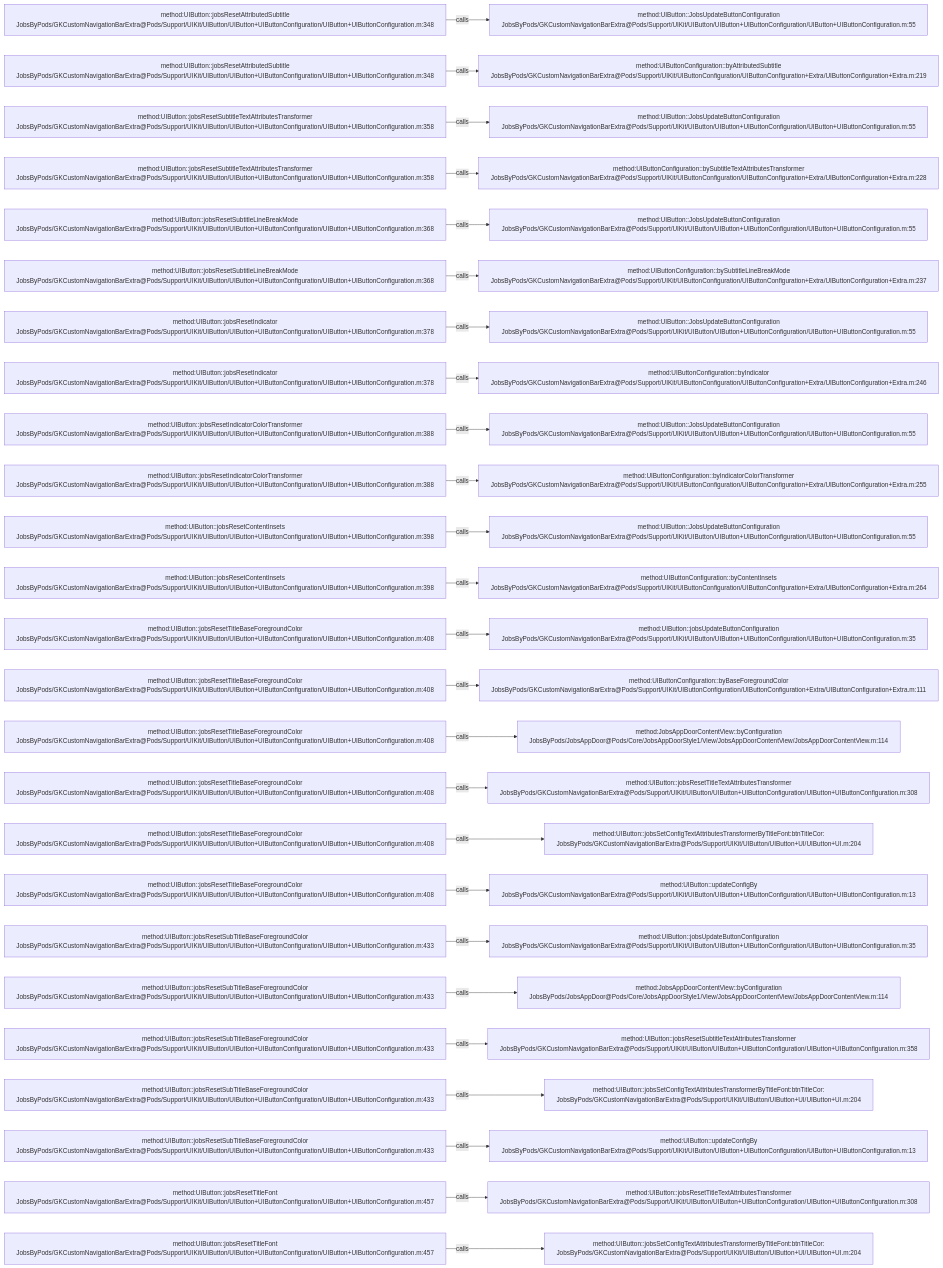
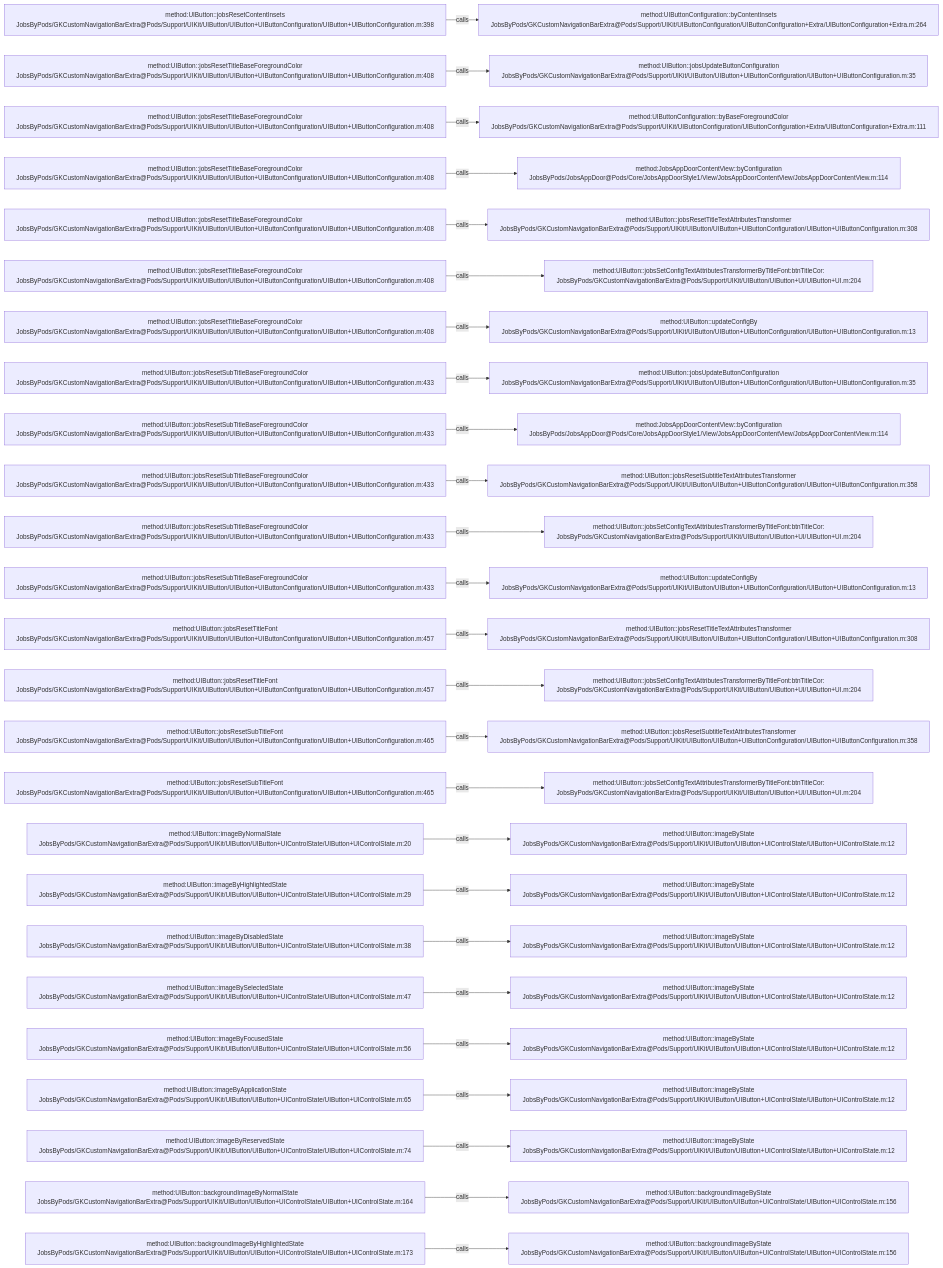
One commit to JobsKits/JobsOCBaseConfigDemo changed the diagram in .codegraph/codegraph.md/graphs/calls-035.md. Above: the diagram before and after it, drawn with Mermaid. The commit also changed 223 other files, not shown here.

````diff
--- a/.codegraph/codegraph.md/graphs/calls-035.md
+++ b/.codegraph/codegraph.md/graphs/calls-035.md
@@ -13,78 +13,78 @@
 ```mermaid
 flowchart LR
-  S1["method:UIButton::jobsResetAttributedSubtitle<br/>JobsByPods/GKCustomNavigationBarExtra@Pods/Support/UIKit/UIButton/UIButton+UIButtonConfiguration/UIButton+UIButtonConfiguration.m:348"]
-  T1["method:UIButton::JobsUpdateButtonConfiguration<br/>JobsByPods/GKCustomNavigationBarExtra@Pods/Support/UIKit/UIButton/UIButton+UIButtonConfiguration/UIButton+UIButtonConfiguration.m:55"]
+  S1["method:UIButton::jobsResetContentInsets<br/>JobsByPods/GKCustomNavigationBarExtra@Pods/Support/UIKit/UIButton/UIButton+UIButtonConfiguration/UIButton+UIButtonConfiguration.m:398"]
+  T1["method:UIButtonConfiguration::byContentInsets<br/>JobsByPods/GKCustomNavigationBarExtra@Pods/Support/UIKit/UIButtonConfiguration/UIButtonConfiguration+Extra/UIButtonConfiguration+Extra.m:264"]
   S1 -->|calls| T1
-  S2["method:UIButton::jobsResetAttributedSubtitle<br/>JobsByPods/GKCustomNavigationBarExtra@Pods/Support/UIKit/UIButton/UIButton+UIButtonConfiguration/UIButton+UIButtonConfiguration.m:348"]
-  T2["method:UIButtonConfiguration::byAttributedSubtitle<br/>JobsByPods/GKCustomNavigationBarExtra@Pods/Support/UIKit/UIButtonConfiguration/UIButtonConfiguration+Extra/UIButtonConfiguration+Extra.m:219"]
+  S2["method:UIButton::jobsResetTitleBaseForegroundColor<br/>JobsByPods/GKCustomNavigationBarExtra@Pods/Support/UIKit/UIButton/UIButton+UIButtonConfiguration/UIButton+UIButtonConfiguration.m:408"]
+  T2["method:UIButton::jobsUpdateButtonConfiguration<br/>JobsByPods/GKCustomNavigationBarExtra@Pods/Support/UIKit/UIButton/UIButton+UIButtonConfiguration/UIButton+UIButtonConfiguration.m:35"]
   S2 -->|calls| T2
-  S3["method:UIButton::jobsResetSubtitleTextAttributesTransformer<br/>JobsByPods/GKCustomNavigationBarExtra@Pods/Support/UIKit/UIButton/UIButton+UIButtonConfiguration/UIButton+UIButtonConfiguration.m:358"]
-  T3["method:UIButton::JobsUpdateButtonConfiguration<br/>JobsByPods/GKCustomNavigationBarExtra@Pods/Support/UIKit/UIButton/UIButton+UIButtonConfiguration/UIButton+UIButtonConfiguration.m:55"]
+  S3["method:UIButton::jobsResetTitleBaseForegroundColor<br/>JobsByPods/GKCustomNavigationBarExtra@Pods/Support/UIKit/UIButton/UIButton+UIButtonConfiguration/UIButton+UIButtonConfiguration.m:408"]
+  T3["method:UIButtonConfiguration::byBaseForegroundColor<br/>JobsByPods/GKCustomNavigationBarExtra@Pods/Support/UIKit/UIButtonConfiguration/UIButtonConfiguration+Extra/UIButtonConfiguration+Extra.m:111"]
   S3 -->|calls| T3
-  S4["method:UIButton::jobsResetSubtitleTextAttributesTransformer<br/>JobsByPods/GKCustomNavigationBarExtra@Pods/Support/UIKit/UIButton/UIButton+UIButtonConfiguration/UIButton+UIButtonConfiguration.m:358"]
-  T4["method:UIButtonConfiguration::bySubtitleTextAttributesTransformer<br/>JobsByPods/GKCustomNavigationBarExtra@Pods/Support/UIKit/UIButtonConfiguration/UIButtonConfiguration+Extra/UIButtonConfiguration+Extra.m:228"]
+  S4["method:UIButton::jobsResetTitleBaseForegroundColor<br/>JobsByPods/GKCustomNavigationBarExtra@Pods/Support/UIKit/UIButton/UIButton+UIButtonConfiguration/UIButton+UIButtonConfiguration.m:408"]
+  T4["method:JobsAppDoorContentView::byConfiguration<br/>JobsByPods/JobsAppDoor@Pods/Core/JobsAppDoorStyle1/View/JobsAppDoorContentView/JobsAppDoorContentView.m:114"]
   S4 -->|calls| T4
-  S5["method:UIButton::jobsResetSubtitleLineBreakMode<br/>JobsByPods/GKCustomNavigationBarExtra@Pods/Support/UIKit/UIButton/UIButton+UIButtonConfiguration/UIButton+UIButtonConfiguration.m:368"]
-  T5["method:UIButton::JobsUpdateButtonConfiguration<br/>JobsByPods/GKCustomNavigationBarExtra@Pods/Support/UIKit/UIButton/UIButton+UIButtonConfiguration/UIButton+UIButtonConfiguration.m:55"]
+  S5["method:UIButton::jobsResetTitleBaseForegroundColor<br/>JobsByPods/GKCustomNavigationBarExtra@Pods/Support/UIKit/UIButton/UIButton+UIButtonConfiguration/UIButton+UIButtonConfiguration.m:408"]
+  T5["method:UIButton::jobsResetTitleTextAttributesTransformer<br/>JobsByPods/GKCustomNavigationBarExtra@Pods/Support/UIKit/UIButton/UIButton+UIButtonConfiguration/UIButton+UIButtonConfiguration.m:308"]
   S5 -->|calls| T5
-  S6["method:UIButton::jobsResetSubtitleLineBreakMode<br/>JobsByPods/GKCustomNavigationBarExtra@Pods/Support/UIKit/UIButton/UIButton+UIButtonConfiguration/UIButton+UIButtonConfiguration.m:368"]
-  T6["method:UIButtonConfiguration::bySubtitleLineBreakMode<br/>JobsByPods/GKCustomNavigationBarExtra@Pods/Support/UIKit/UIButtonConfiguration/UIButtonConfiguration+Extra/UIButtonConfiguration+Extra.m:237"]
+  S6["method:UIButton::jobsResetTitleBaseForegroundColor<br/>JobsByPods/GKCustomNavigationBarExtra@Pods/Support/UIKit/UIButton/UIButton+UIButtonConfiguration/UIButton+UIButtonConfiguration.m:408"]
+  T6["method:UIButton::jobsSetConfigTextAttributesTransformerByTitleFont:btnTitleCor:<br/>JobsByPods/GKCustomNavigationBarExtra@Pods/Support/UIKit/UIButton/UIButton+UI/UIButton+UI.m:204"]
   S6 -->|calls| T6
-  S7["method:UIButton::jobsResetIndicator<br/>JobsByPods/GKCustomNavigationBarExtra@Pods/Support/UIKit/UIButton/UIButton+UIButtonConfiguration/UIButton+UIButtonConfiguration.m:378"]
-  T7["method:UIButton::JobsUpdateButtonConfiguration<br/>JobsByPods/GKCustomNavigationBarExtra@Pods/Support/UIKit/UIButton/UIButton+UIButtonConfiguration/UIButton+UIButtonConfiguration.m:55"]
+  S7["method:UIButton::jobsResetTitleBaseForegroundColor<br/>JobsByPods/GKCustomNavigationBarExtra@Pods/Support/UIKit/UIButton/UIButton+UIButtonConfiguration/UIButton+UIButtonConfiguration.m:408"]
+  T7["method:UIButton::updateConfigBy<br/>JobsByPods/GKCustomNavigationBarExtra@Pods/Support/UIKit/UIButton/UIButton+UIButtonConfiguration/UIButton+UIButtonConfiguration.m:13"]
   S7 -->|calls| T7
-  S8["method:UIButton::jobsResetIndicator<br/>JobsByPods/GKCustomNavigationBarExtra@Pods/Support/UIKit/UIButton/UIButton+UIButtonConfiguration/UIButton+UIButtonConfiguration.m:378"]
-  T8["method:UIButtonConfiguration::byIndicator<br/>JobsByPods/GKCustomNavigationBarExtra@Pods/Support/UIKit/UIButtonConfiguration/UIButtonConfiguration+Extra/UIButtonConfiguration+Extra.m:246"]
+  S8["method:UIButton::jobsResetSubTitleBaseForegroundColor<br/>JobsByPods/GKCustomNavigationBarExtra@Pods/Support/UIKit/UIButton/UIButton+UIButtonConfiguration/UIButton+UIButtonConfiguration.m:433"]
+  T8["method:UIButton::jobsUpdateButtonConfiguration<br/>JobsByPods/GKCustomNavigationBarExtra@Pods/Support/UIKit/UIButton/UIButton+UIButtonConfiguration/UIButton+UIButtonConfiguration.m:35"]
   S8 -->|calls| T8
-  S9["method:UIButton::jobsResetIndicatorColorTransformer<br/>JobsByPods/GKCustomNavigationBarExtra@Pods/Support/UIKit/UIButton/UIButton+UIButtonConfiguration/UIButton+UIButtonConfiguration.m:388"]
-  T9["method:UIButton::JobsUpdateButtonConfiguration<br/>JobsByPods/GKCustomNavigationBarExtra@Pods/Support/UIKit/UIButton/UIButton+UIButtonConfiguration/UIButton+UIButtonConfiguration.m:55"]
+  S9["method:UIButton::jobsResetSubTitleBaseForegroundColor<br/>JobsByPods/GKCustomNavigationBarExtra@Pods/Support/UIKit/UIButton/UIButton+UIButtonConfiguration/UIButton+UIButtonConfiguration.m:433"]
+  T9["method:JobsAppDoorContentView::byConfiguration<br/>JobsByPods/JobsAppDoor@Pods/Core/JobsAppDoorStyle1/View/JobsAppDoorContentView/JobsAppDoorContentView.m:114"]
   S9 -->|calls| T9
-  S10["method:UIButton::jobsResetIndicatorColorTransformer<br/>JobsByPods/GKCustomNavigationBarExtra@Pods/Support/UIKit/UIButton/UIButton+UIButtonConfiguration/UIButton+UIButtonConfiguration.m:388"]
-  T10["method:UIButtonConfiguration::byIndicatorColorTransformer<br/>JobsByPods/GKCustomNavigationBarExtra@Pods/Support/UIKit/UIButtonConfiguration/UIButtonConfiguration+Extra/UIButtonConfiguration+Extra.m:255"]
+  S10["method:UIButton::jobsResetSubTitleBaseForegroundColor<br/>JobsByPods/GKCustomNavigationBarExtra@Pods/Support/UIKit/UIButton/UIButton+UIButtonConfiguration/UIButton+UIButtonConfiguration.m:433"]
+  T10["method:UIButton::jobsResetSubtitleTextAttributesTransformer<br/>JobsByPods/GKCustomNavigationBarExtra@Pods/Support/UIKit/UIButton/UIButton+UIButtonConfiguration/UIButton+UIButtonConfiguration.m:358"]
   S10 -->|calls| T10
-  S11["method:UIButton::jobsResetContentInsets<br/>JobsByPods/GKCustomNavigationBarExtra@Pods/Support/UIKit/UIButton/UIButton+UIButtonConfiguration/UIButton+UIButtonConfiguration.m:398"]
-  T11["method:UIButton::JobsUpdateButtonConfiguration<br/>JobsByPods/GKCustomNavigationBarExtra@Pods/Support/UIKit/UIButton/UIButton+UIButtonConfiguration/UIButton+UIButtonConfiguration.m:55"]
+  S11["method:UIButton::jobsResetSubTitleBaseForegroundColor<br/>JobsByPods/GKCustomNavigationBarExtra@Pods/Support/UIKit/UIButton/UIButton+UIButtonConfiguration/UIButton+UIButtonConfiguration.m:433"]
+  T11["method:UIButton::jobsSetConfigTextAttributesTransformerByTitleFont:btnTitleCor:<br/>JobsByPods/GKCustomNavigationBarExtra@Pods/Support/UIKit/UIButton/UIButton+UI/UIButton+UI.m:204"]
   S11 -->|calls| T11
-  S12["method:UIButton::jobsResetContentInsets<br/>JobsByPods/GKCustomNavigationBarExtra@Pods/Support/UIKit/UIButton/UIButton+UIButtonConfiguration/UIButton+UIButtonConfiguration.m:398"]
-  T12["method:UIButtonConfiguration::byContentInsets<br/>JobsByPods/GKCustomNavigationBarExtra@Pods/Support/UIKit/UIButtonConfiguration/UIButtonConfiguration+Extra/UIButtonConfiguration+Extra.m:264"]
+  S12["method:UIButton::jobsResetSubTitleBaseForegroundColor<br/>JobsByPods/GKCustomNavigationBarExtra@Pods/Support/UIKit/UIButton/UIButton+UIButtonConfiguration/UIButton+UIButtonConfiguration.m:433"]
+  T12["method:UIButton::updateConfigBy<br/>JobsByPods/GKCustomNavigationBarExtra@Pods/Support/UIKit/UIButton/UIButton+UIButtonConfiguration/UIButton+UIButtonConfiguration.m:13"]
   S12 -->|calls| T12
-  S13["method:UIButton::jobsResetTitleBaseForegroundColor<br/>JobsByPods/GKCustomNavigationBarExtra@Pods/Support/UIKit/UIButton/UIButton+UIButtonConfiguration/UIButton+UIButtonConfiguration.m:408"]
-  T13["method:UIButton::jobsUpdateButtonConfiguration<br/>JobsByPods/GKCustomNavigationBarExtra@Pods/Support/UIKit/UIButton/UIButton+UIButtonConfiguration/UIButton+UIButtonConfiguration.m:35"]
+  S13["method:UIButton::jobsResetTitleFont<br/>JobsByPods/GKCustomNavigationBarExtra@Pods/Support/UIKit/UIButton/UIButton+UIButtonConfiguration/UIButton+UIButtonConfiguration.m:457"]
+  T13["method:UIButton::jobsResetTitleTextAttributesTransformer<br/>JobsByPods/GKCustomNavigationBarExtra@Pods/Support/UIKit/UIButton/UIButton+UIButtonConfiguration/UIButton+UIButtonConfiguration.m:308"]
   S13 -->|calls| T13
-  S14["method:UIButton::jobsResetTitleBaseForegroundColor<br/>JobsByPods/GKCustomNavigationBarExtra@Pods/Support/UIKit/UIButton/UIButton+UIButtonConfiguration/UIButton+UIButtonConfiguration.m:408"]
-  T14["method:UIButtonConfiguration::byBaseForegroundColor<br/>JobsByPods/GKCustomNavigationBarExtra@Pods/Support/UIKit/UIButtonConfiguration/UIButtonConfiguration+Extra/UIButtonConfiguration+Extra.m:111"]
+  S14["method:UIButton::jobsResetTitleFont<br/>JobsByPods/GKCustomNavigationBarExtra@Pods/Support/UIKit/UIButton/UIButton+UIButtonConfiguration/UIButton+UIButtonConfiguration.m:457"]
+  T14["method:UIButton::jobsSetConfigTextAttributesTransformerByTitleFont:btnTitleCor:<br/>JobsByPods/GKCustomNavigationBarExtra@Pods/Support/UIKit/UIButton/UIButton+UI/UIButton+UI.m:204"]
   S14 -->|calls| T14
-  S15["method:UIButton::jobsResetTitleBaseForegroundColor<br/>JobsByPods/GKCustomNavigationBarExtra@Pods/Support/UIKit/UIButton/UIButton+UIButtonConfiguration/UIButton+UIButtonConfiguration.m:408"]
-  T15["method:JobsAppDoorContentView::byConfiguration<br/>JobsByPods/JobsAppDoor@Pods/Core/JobsAppDoorStyle1/View/JobsAppDoorContentView/JobsAppDoorContentView.m:114"]
+  S15["method:UIButton::jobsResetSubTitleFont<br/>JobsByPods/GKCustomNavigationBarExtra@Pods/Support/UIKit/UIButton/UIButton+UIButtonConfiguration/UIButton+UIButtonConfiguration.m:465"]
+  T15["method:UIButton::jobsResetSubtitleTextAttributesTransformer<br/>JobsByPods/GKCustomNavigationBarExtra@Pods/Support/UIKit/UIButton/UIButton+UIButtonConfiguration/UIButton+UIButtonConfiguration.m:358"]
   S15 -->|calls| T15
-  S16["method:UIButton::jobsResetTitleBaseForegroundColor<br/>JobsByPods/GKCustomNavigationBarExtra@Pods/Support/UIKit/UIButton/UIButton+UIButtonConfiguration/UIButton+UIButtonConfiguration.m:408"]
-  T16["method:UIButton::jobsResetTitleTextAttributesTransformer<br/>JobsByPods/GKCustomNavigationBarExtra@Pods/Support/UIKit/UIButton/UIButton+UIButtonConfiguration/UIButton+UIButtonConfiguration.m:308"]
+  S16["method:UIButton::jobsResetSubTitleFont<br/>JobsByPods/GKCustomNavigationBarExtra@Pods/Support/UIKit/UIButton/UIButton+UIButtonConfiguration/UIButton+UIButtonConfiguration.m:465"]
+  T16["method:UIButton::jobsSetConfigTextAttributesTransformerByTitleFont:btnTitleCor:<br/>JobsByPods/GKCustomNavigationBarExtra@Pods/Support/UIKit/UIButton/UIButton+UI/UIButton+UI.m:204"]
   S16 -->|calls| T16
-  S17["method:UIButton::jobsResetTitleBaseForegroundColor<br/>JobsByPods/GKCustomNavigationBarExtra@Pods/Support/UIKit/UIButton/UIButton+UIButtonConfiguration/UIButton+UIButtonConfiguration.m:408"]
-  T17["method:UIButton::jobsSetConfigTextAttributesTransformerByTitleFont:btnTitleCor:<br/>JobsByPods/GKCustomNavigationBarExtra@Pods/Support/UIKit/UIButton/UIButton+UI/UIButton+UI.m:204"]
+  S17["method:UIButton::imageByNormalState<br/>JobsByPods/GKCustomNavigationBarExtra@Pods/Support/UIKit/UIButton/UIButton+UIControlState/UIButton+UIControlState.m:20"]
+  T17["method:UIButton::imageByState<br/>JobsByPods/GKCustomNavigationBarExtra@Pods/Support/UIKit/UIButton/UIButton+UIControlState/UIButton+UIControlState.m:12"]
   S17 -->|calls| T17
-  S18["method:UIButton::jobsResetTitleBaseForegroundColor<br/>JobsByPods/GKCustomNavigationBarExtra@Pods/Support/UIKit/UIButton/UIButton+UIButtonConfiguration/UIButton+UIButtonConfiguration.m:408"]
-  T18["method:UIButton::updateConfigBy<br/>JobsByPods/GKCustomNavigationBarExtra@Pods/Support/UIKit/UIButton/UIButton+UIButtonConfiguration/UIButton+UIButtonConfiguration.m:13"]
+  S18["method:UIButton::imageByHighlightedState<br/>JobsByPods/GKCustomNavigationBarExtra@Pods/Support/UIKit/UIButton/UIButton+UIControlState/UIButton+UIControlState.m:29"]
+  T18["method:UIButton::imageByState<br/>JobsByPods/GKCustomNavigationBarExtra@Pods/Support/UIKit/UIButton/UIButton+UIControlState/UIButton+UIControlState.m:12"]
   S18 -->|calls| T18
-  S19["method:UIButton::jobsResetSubTitleBaseForegroundColor<br/>JobsByPods/GKCustomNavigationBarExtra@Pods/Support/UIKit/UIButton/UIButton+UIButtonConfiguration/UIButton+UIButtonConfiguration.m:433"]
-  T19["method:UIButton::jobsUpdateButtonConfiguration<br/>JobsByPods/GKCustomNavigationBarExtra@Pods/Support/UIKit/UIButton/UIButton+UIButtonConfiguration/UIButton+UIButtonConfiguration.m:35"]
+  S19["method:UIButton::imageByDisabledState<br/>JobsByPods/GKCustomNavigationBarExtra@Pods/Support/UIKit/UIButton/UIButton+UIControlState/UIButton+UIControlState.m:38"]
+  T19["method:UIButton::imageByState<br/>JobsByPods/GKCustomNavigationBarExtra@Pods/Support/UIKit/UIButton/UIButton+UIControlState/UIButton+UIControlState.m:12"]
   S19 -->|calls| T19
-  S20["method:UIButton::jobsResetSubTitleBaseForegroundColor<br/>JobsByPods/GKCustomNavigationBarExtra@Pods/Support/UIKit/UIButton/UIButton+UIButtonConfiguration/UIButton+UIButtonConfiguration.m:433"]
-  T20["method:JobsAppDoorContentView::byConfiguration<br/>JobsByPods/JobsAppDoor@Pods/Core/JobsAppDoorStyle1/View/JobsAppDoorContentView/JobsAppDoorContentView.m:114"]
+  S20["method:UIButton::imageBySelectedState<br/>JobsByPods/GKCustomNavigationBarExtra@Pods/Support/UIKit/UIButton/UIButton+UIControlState/UIButton+UIControlState.m:47"]
+  T20["method:UIButton::imageByState<br/>JobsByPods/GKCustomNavigationBarExtra@Pods/Support/UIKit/UIButton/UIButton+UIControlState/UIButton+UIControlState.m:12"]
   S20 -->|calls| T20
-  S21["method:UIButton::jobsResetSubTitleBaseForegroundColor<br/>JobsByPods/GKCustomNavigationBarExtra@Pods/Support/UIKit/UIButton/UIButton+UIButtonConfiguration/UIButton+UIButtonConfiguration.m:433"]
-  T21["method:UIButton::jobsResetSubtitleTextAttributesTransformer<br/>JobsByPods/GKCustomNavigationBarExtra@Pods/Support/UIKit/UIButton/UIButton+UIButtonConfiguration/UIButton+UIButtonConfiguration.m:358"]
+  S21["method:UIButton::imageByFocusedState<br/>JobsByPods/GKCustomNavigationBarExtra@Pods/Support/UIKit/UIButton/UIButton+UIControlState/UIButton+UIControlState.m:56"]
+  T21["method:UIButton::imageByState<br/>JobsByPods/GKCustomNavigationBarExtra@Pods/Support/UIKit/UIButton/UIButton+UIControlState/UIButton+UIControlState.m:12"]
   S21 -->|calls| T21
-  S22["method:UIButton::jobsResetSubTitleBaseForegroundColor<br/>JobsByPods/GKCustomNavigationBarExtra@Pods/Support/UIKit/UIButton/UIButton+UIButtonConfiguration/UIButton+UIButtonConfiguration.m:433"]
-  T22["method:UIButton::jobsSetConfigTextAttributesTransformerByTitleFont:btnTitleCor:<br/>JobsByPods/GKCustomNavigationBarExtra@Pods/Support/UIKit/UIButton/UIButton+UI/UIButton+UI.m:204"]
+  S22["method:UIButton::imageByApplicationState<br/>JobsByPods/GKCustomNavigationBarExtra@Pods/Support/UIKit/UIButton/UIButton+UIControlState/UIButton+UIControlState.m:65"]
+  T22["method:UIButton::imageByState<br/>JobsByPods/GKCustomNavigationBarExtra@Pods/Support/UIKit/UIButton/UIButton+UIControlState/UIButton+UIControlState.m:12"]
   S22 -->|calls| T22
-  S23["method:UIButton::jobsResetSubTitleBaseForegroundColor<br/>JobsByPods/GKCustomNavigationBarExtra@Pods/Support/UIKit/UIButton/UIButton+UIButtonConfiguration/UIButton+UIButtonConfiguration.m:433"]
-  T23["method:UIButton::updateConfigBy<br/>JobsByPods/GKCustomNavigationBarExtra@Pods/Support/UIKit/UIButton/UIButton+UIButtonConfiguration/UIButton+UIButtonConfiguration.m:13"]
+  S23["method:UIButton::imageByReservedState<br/>JobsByPods/GKCustomNavigationBarExtra@Pods/Support/UIKit/UIButton/UIButton+UIControlState/UIButton+UIControlState.m:74"]
+  T23["method:UIButton::imageByState<br/>JobsByPods/GKCustomNavigationBarExtra@Pods/Support/UIKit/UIButton/UIButton+UIControlState/UIButton+UIControlState.m:12"]
   S23 -->|calls| T23
-  S24["method:UIButton::jobsResetTitleFont<br/>JobsByPods/GKCustomNavigationBarExtra@Pods/Support/UIKit/UIButton/UIButton+UIButtonConfiguration/UIButton+UIButtonConfiguration.m:457"]
-  T24["method:UIButton::jobsResetTitleTextAttributesTransformer<br/>JobsByPods/GKCustomNavigationBarExtra@Pods/Support/UIKit/UIButton/UIButton+UIButtonConfiguration/UIButton+UIButtonConfiguration.m:308"]
+  S24["method:UIButton::backgroundImageByNormalState<br/>JobsByPods/GKCustomNavigationBarExtra@Pods/Support/UIKit/UIButton/UIButton+UIControlState/UIButton+UIControlState.m:164"]
+  T24["method:UIButton::backgroundImageByState<br/>JobsByPods/GKCustomNavigationBarExtra@Pods/Support/UIKit/UIButton/UIButton+UIControlState/UIButton+UIControlState.m:156"]
   S24 -->|calls| T24
-  S25["method:UIButton::jobsResetTitleFont<br/>JobsByPods/GKCustomNavigationBarExtra@Pods/Support/UIKit/UIButton/UIButton+UIButtonConfiguration/UIButton+UIButtonConfiguration.m:457"]
-  T25["method:UIButton::jobsSetConfigTextAttributesTransformerByTitleFont:btnTitleCor:<br/>JobsByPods/GKCustomNavigationBarExtra@Pods/Support/UIKit/UIButton/UIButton+UI/UIButton+UI.m:204"]
+  S25["method:UIButton::backgroundImageByHighlightedState<br/>JobsByPods/GKCustomNavigationBarExtra@Pods/Support/UIKit/UIButton/UIButton+UIControlState/UIButton+UIControlState.m:173"]
+  T25["method:UIButton::backgroundImageByState<br/>JobsByPods/GKCustomNavigationBarExtra@Pods/Support/UIKit/UIButton/UIButton+UIControlState/UIButton+UIControlState.m:156"]
   S25 -->|calls| T25
 ```
````
